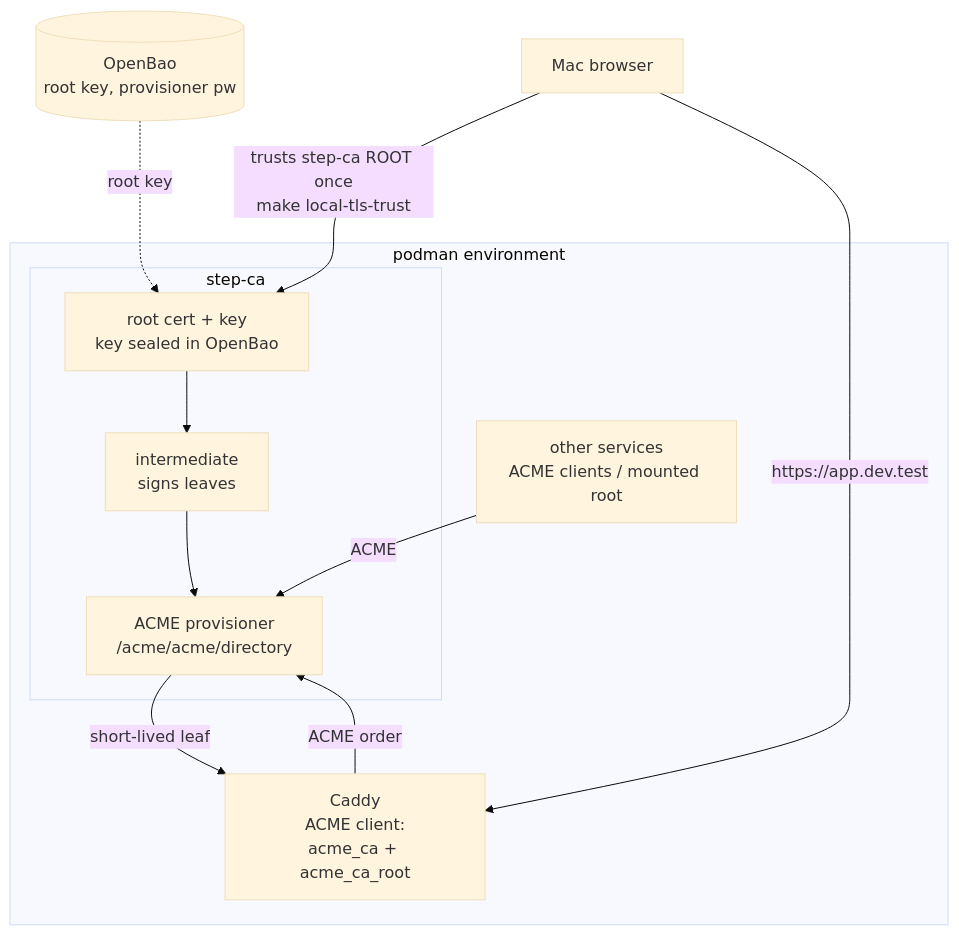
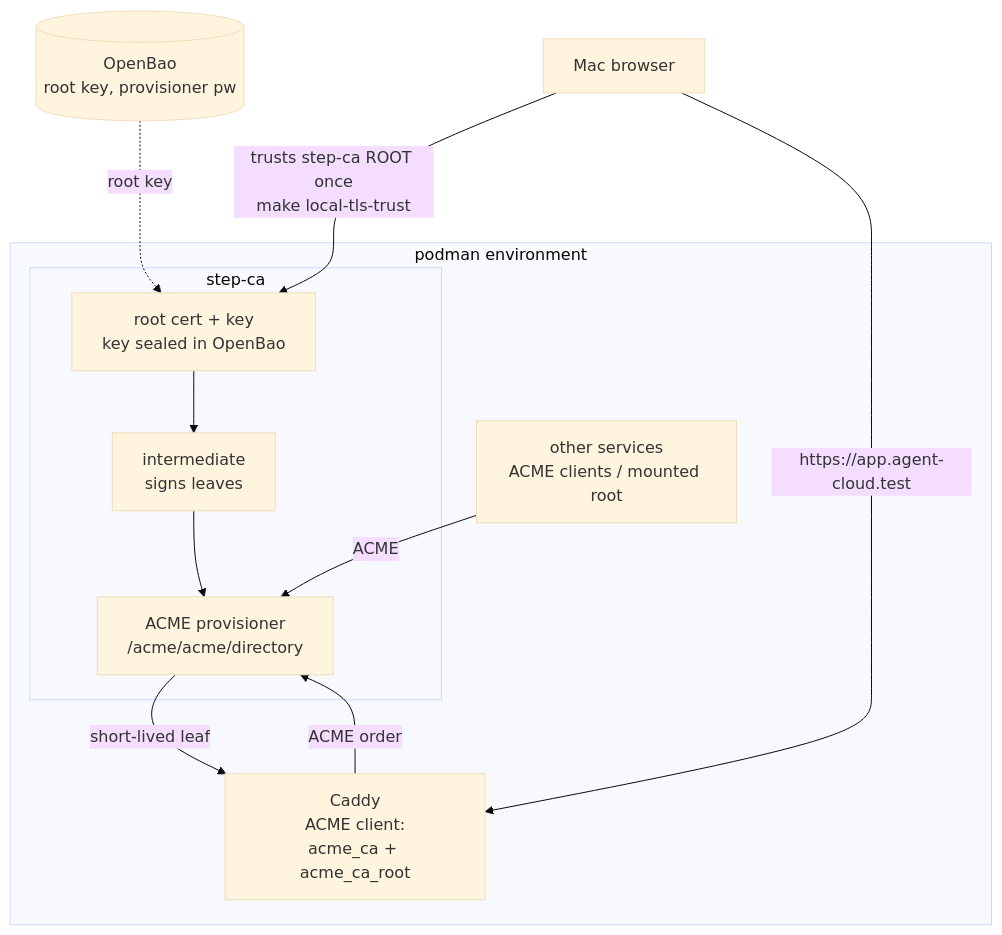
One commit to uhstray-io/agent-cloud changed the second of 2 diagrams in plan/development/INTERNAL-CA-DEPLOYMENT.md. Above: the diagram before and after it, drawn with Mermaid (base theme). The commit also changed other lines of this file and 21 other files, not shown here.

````diff
--- a/plan/development/INTERNAL-CA-DEPLOYMENT.md
+++ b/plan/development/INTERNAL-CA-DEPLOYMENT.md
@@ -72,22 +72,22 @@
 ```mermaid
 flowchart TB
   subgraph vm[podman environment]
     subgraph ca[step-ca]
       ROOT[root cert + key<br/>key sealed in OpenBao]
       INT[intermediate<br/>signs leaves]
       ACME[ACME provisioner<br/>/acme/acme/directory]
     end
     CAD[Caddy<br/>ACME client:<br/>acme_ca + acme_ca_root]
     SVC[other services<br/>ACME clients / mounted root]
   end
   BAO[(OpenBao<br/>root key, provisioner pw)]
   MAC[Mac browser]
 
   BAO -. root key .-> ROOT
   ROOT --> INT --> ACME
   CAD -->|ACME order| ACME
   ACME -->|short-lived leaf| CAD
   SVC -->|ACME| ACME
   MAC -->|trusts step-ca ROOT once<br/>make local-tls-trust| ROOT
-  MAC -->|https://app.dev.test| CAD
+  MAC -->|https://app.agent-cloud.test| CAD
 ```
````
